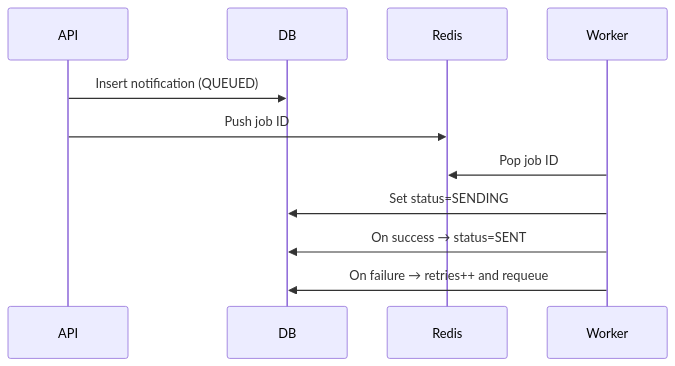
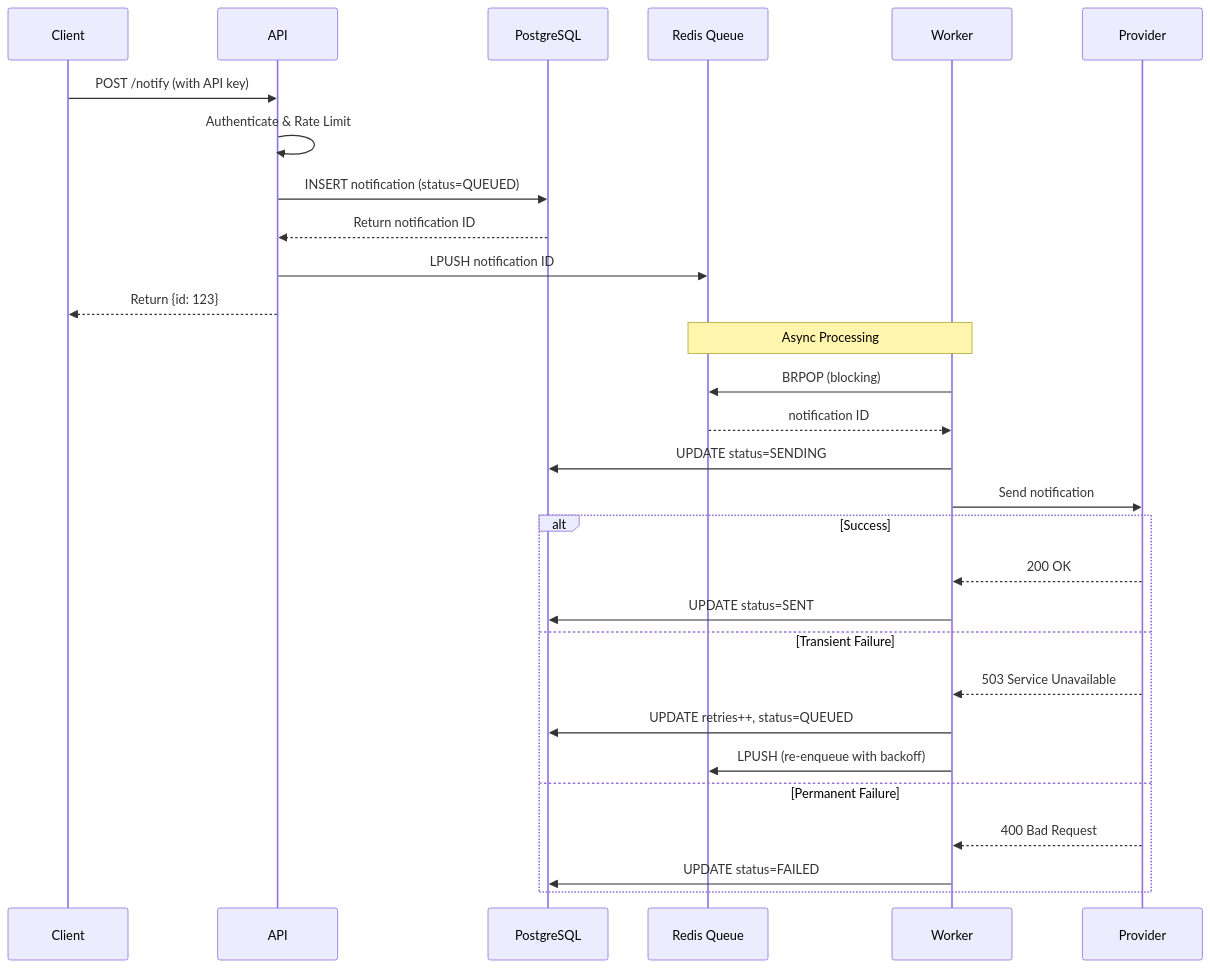
Before and after one commit to kofta999/notification-service: the second of 3 diagrams in README.md, drawn with Mermaid. The commit also changed other lines of this file, not shown here.

````diff
--- a/README.md
+++ b/README.md
@@ -89,13 +119,35 @@
 ```mermaid
 sequenceDiagram
-    participant API
-    participant DB
-    participant Redis
-    participant Worker
-    API->>DB: Insert notification (QUEUED)
-    API->>Redis: Push job ID
-    Worker->>Redis: Pop job ID
-    Worker->>DB: Set status=SENDING
-    Worker->>DB: On success → status=SENT
-    Worker->>DB: On failure → retries++ and requeue
+    participant C as Client
+    participant A as API
+    participant DB as PostgreSQL
+    participant R as Redis Queue
+    participant W as Worker
+    participant P as Provider
+
+    C->>A: POST /notify (with API key)
+    A->>A: Authenticate & Rate Limit
+    A->>DB: INSERT notification (status=QUEUED)
+    DB-->>A: Return notification ID
+    A->>R: LPUSH notification ID
+    A-->>C: Return {id: 123}
+
+    Note over R,W: Async Processing
+
+    W->>R: BRPOP (blocking)
+    R-->>W: notification ID
+    W->>DB: UPDATE status=SENDING
+    W->>P: Send notification
+
+    alt Success
+        P-->>W: 200 OK
+        W->>DB: UPDATE status=SENT
+    else Transient Failure
+        P-->>W: 503 Service Unavailable
+        W->>DB: UPDATE retries++, status=QUEUED
+        W->>R: LPUSH (re-enqueue with backoff)
+    else Permanent Failure
+        P-->>W: 400 Bad Request
+        W->>DB: UPDATE status=FAILED
+    end
 ```
````
